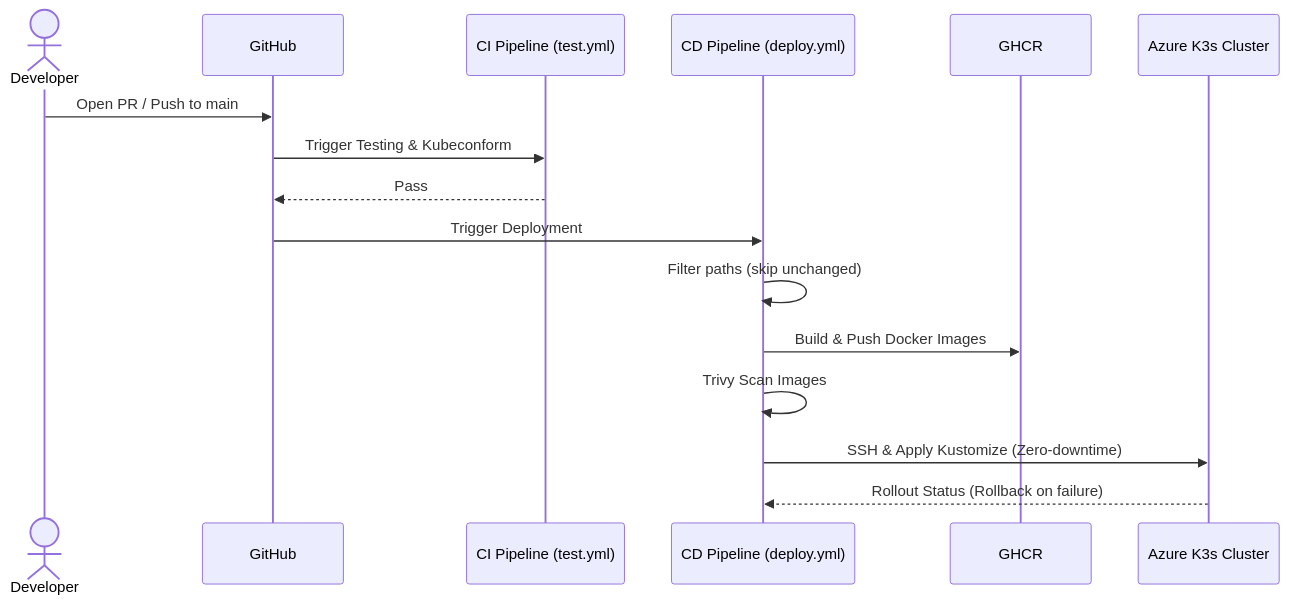
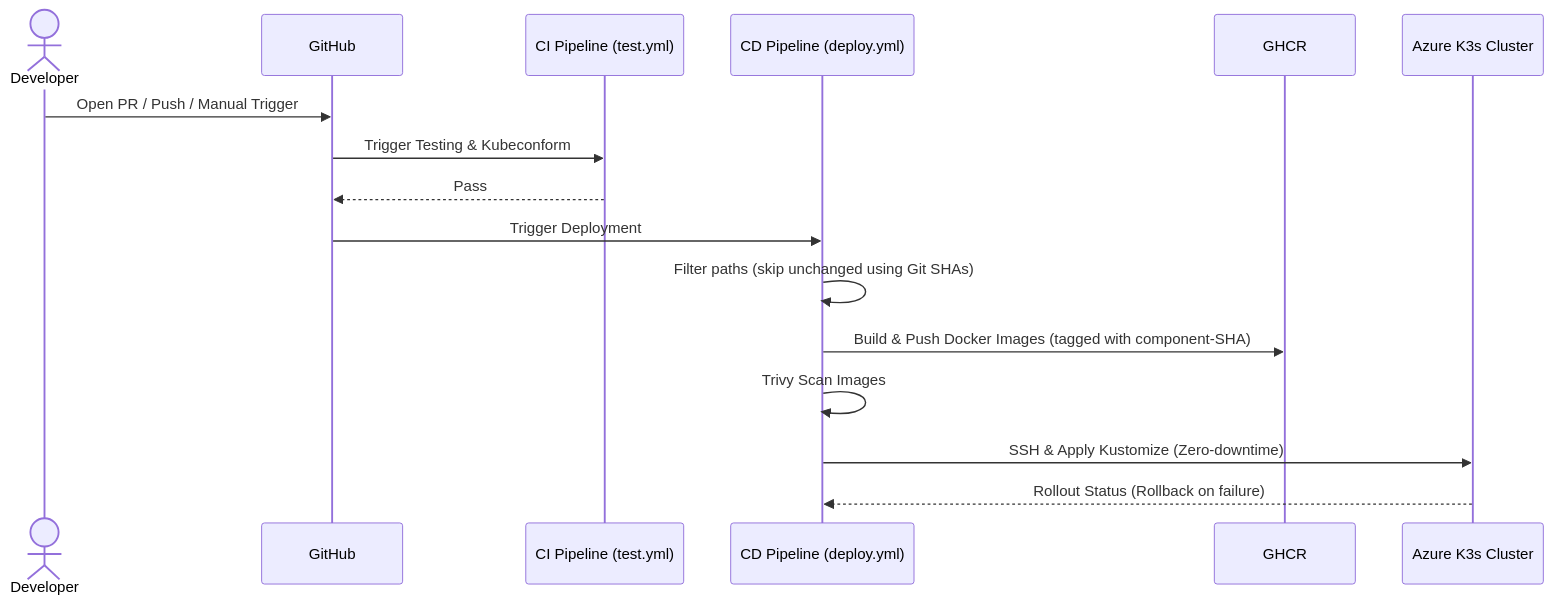
One commit to mattDev0/portfolio-monorepo changed the second of 2 diagrams in README.md. Above: the diagram before and after it, drawn with Mermaid. The commit also changed other lines of this file, not shown here.

````diff
--- a/README.md
+++ b/README.md
@@ -147,20 +156,20 @@
 ```mermaid
 sequenceDiagram
     actor Developer
     participant GitHub as GitHub
     participant TestGate as CI Pipeline (test.yml)
     participant DeployGate as CD Pipeline (deploy.yml)
     participant GHCR as GHCR
     participant K3s as Azure K3s Cluster
 
-    Developer->>GitHub: Open PR / Push to main
+    Developer->>GitHub: Open PR / Push / Manual Trigger
     GitHub->>TestGate: Trigger Testing & Kubeconform
     TestGate-->>GitHub: Pass
     
     GitHub->>DeployGate: Trigger Deployment
-    DeployGate->>DeployGate: Filter paths (skip unchanged)
-    DeployGate->>GHCR: Build & Push Docker Images
+    DeployGate->>DeployGate: Filter paths (skip unchanged using Git SHAs)
+    DeployGate->>GHCR: Build & Push Docker Images (tagged with component-SHA)
     DeployGate->>DeployGate: Trivy Scan Images
     DeployGate->>K3s: SSH & Apply Kustomize (Zero-downtime)
     K3s-->>DeployGate: Rollout Status (Rollback on failure)
 ```
````
